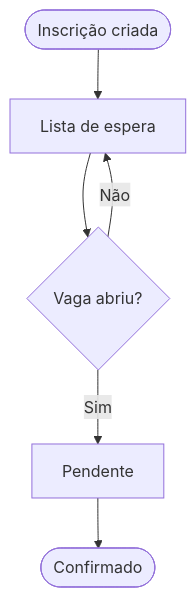
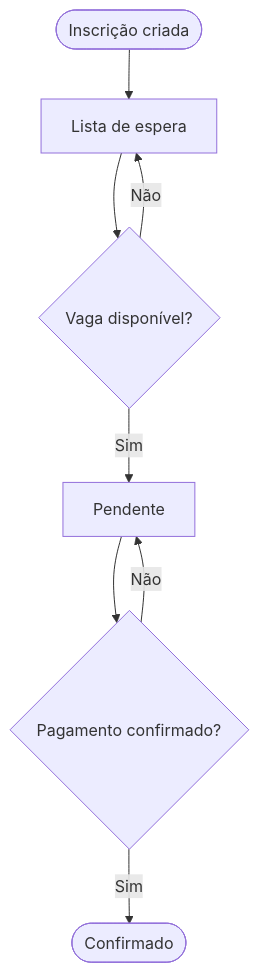
The second of 2 diagrams in docs/reference/statuses.md (MCC-Newark-Hub/events-app), drawn with Mermaid before and after one commit. The commit also changed other lines of this file and 6 other files, not shown here.

Commit message:
docs: add Mermaid diagrams for all flows and data model

````diff
--- a/docs/reference/statuses.md
+++ b/docs/reference/statuses.md
@@ -95,8 +77,10 @@
 ```mermaid
-graph TD
-  A([Inscrição criada]) --> B[Lista de espera]
-  B --> C{Vaga abriu?}
-  C -->|Sim| D[Pendente]
-  C -->|Não| B
-  D --> E([Confirmado])
+flowchart TD
+    A([Inscrição criada]) --> B[Lista de espera]
+    B --> C{Vaga disponível?}
+    C -->|Não| B
+    C -->|Sim| D[Pendente]
+    D --> E{Pagamento confirmado?}
+    E -->|Sim| F([Confirmado])
+    E -->|Não| D
 ```
````
